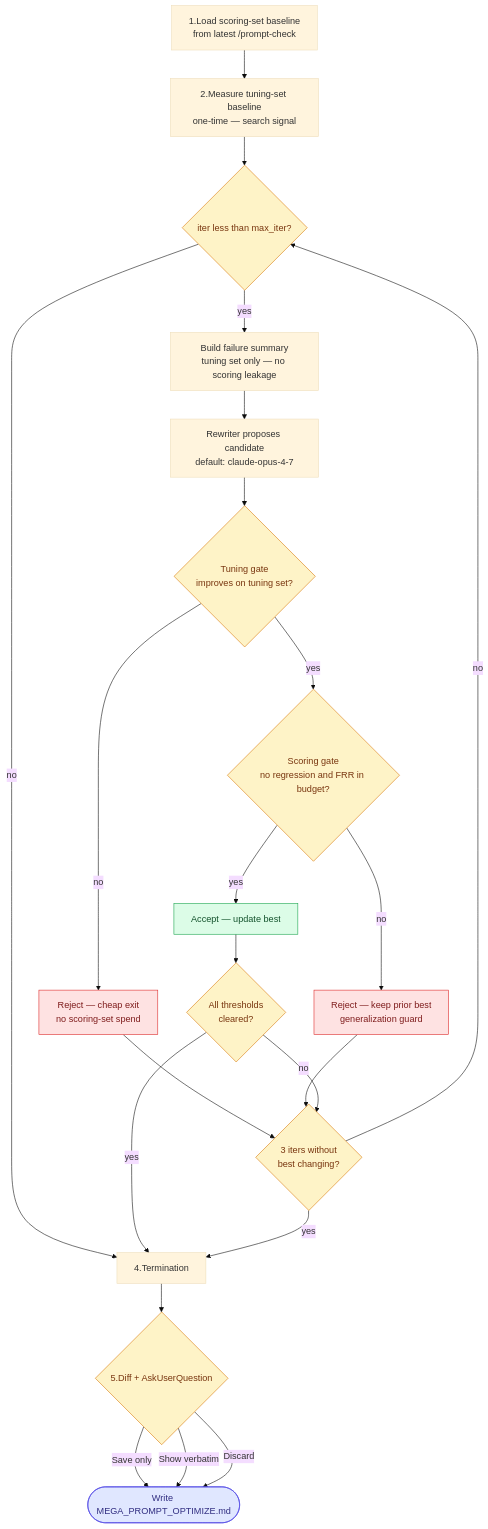
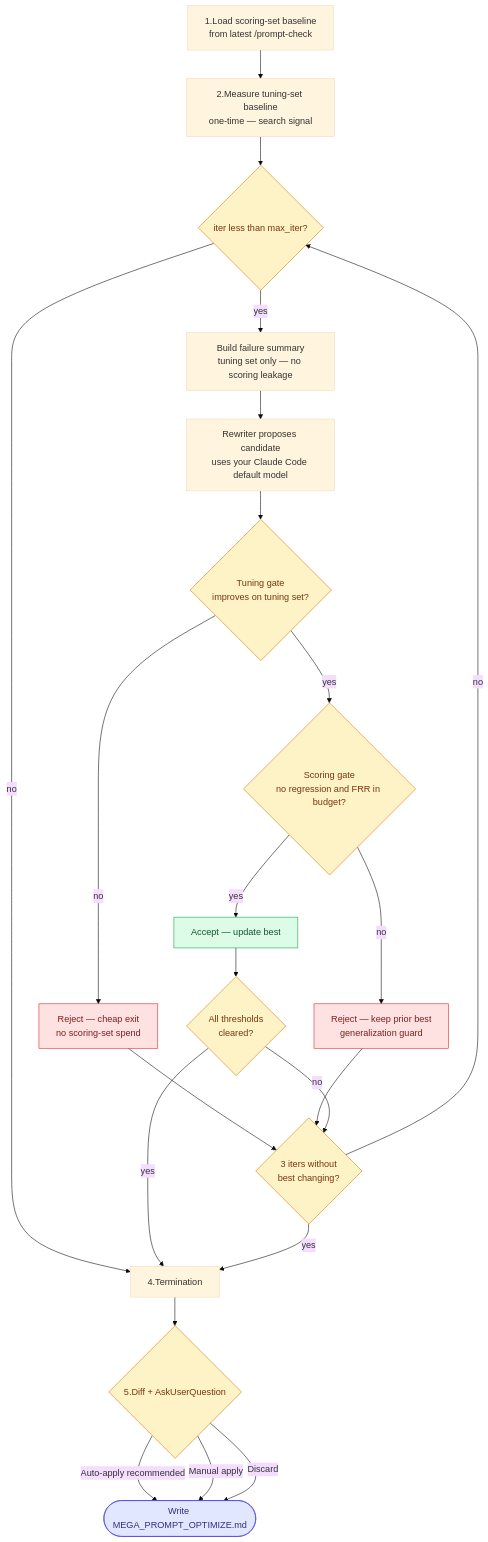
Before and after one commit to ChanwooSongKR/readme-test-1: the second of 2 diagrams in README.md, drawn with Mermaid (base theme). The commit also changed other lines of this file, not shown here.

Commit message:
fix rewriter model claim (no hardcoded default — uses Claude Code default); update apply options to Auto-apply (recommended) / Manual apply / Discard

````diff
--- a/README.md
+++ b/README.md
@@ -162,33 +162,33 @@
 ```mermaid
 flowchart TD
     A[1.Load scoring-set baseline<br/>from latest /prompt-check] --> B[2.Measure tuning-set baseline<br/>one-time — search signal]
     B --> Loop{iter less than max_iter?}
     Loop -- no --> Term
     Loop -- yes --> D[Build failure summary<br/>tuning set only — no scoring leakage]
-    D --> E[Rewriter proposes candidate<br/>default: claude-opus-4-7]
+    D --> E[Rewriter proposes candidate<br/>uses your Claude Code default model]
     E --> F{Tuning gate<br/>improves on tuning set?}
     F -- no --> R1[Reject — cheap exit<br/>no scoring-set spend]
     F -- yes --> G{Scoring gate<br/>no regression and FRR in budget?}
     G -- no --> R2[Reject — keep prior best<br/>generalization guard]
     G -- yes --> Acc[Accept — update best]
     R1 --> Stall{3 iters without<br/>best changing?}
     R2 --> Stall
     Acc --> Thr{All thresholds<br/>cleared?}
     Thr -- yes --> Term
     Thr -- no --> Stall
     Stall -- yes --> Term
     Stall -- no --> Loop
     Term[4.Termination] --> Z{5.Diff + AskUserQuestion}
-    Z -- Save only --> Out([Write MEGA_PROMPT_OPTIMIZE.md])
-    Z -- Show verbatim --> Out
+    Z -- Auto-apply recommended --> Out([Write MEGA_PROMPT_OPTIMIZE.md])
+    Z -- Manual apply --> Out
     Z -- Discard --> Out
 
     classDef gate fill:#fef3c7,stroke:#d97706,color:#78350f
     classDef accept fill:#dcfce7,stroke:#16a34a,color:#14532d
     classDef reject fill:#fee2e2,stroke:#dc2626,color:#7f1d1d
     classDef terminal fill:#e0e7ff,stroke:#4f46e5,color:#312e81
     class F,G,Loop,Stall,Thr,Z gate
     class Acc accept
     class R1,R2 reject
     class Out terminal
 ```
````
